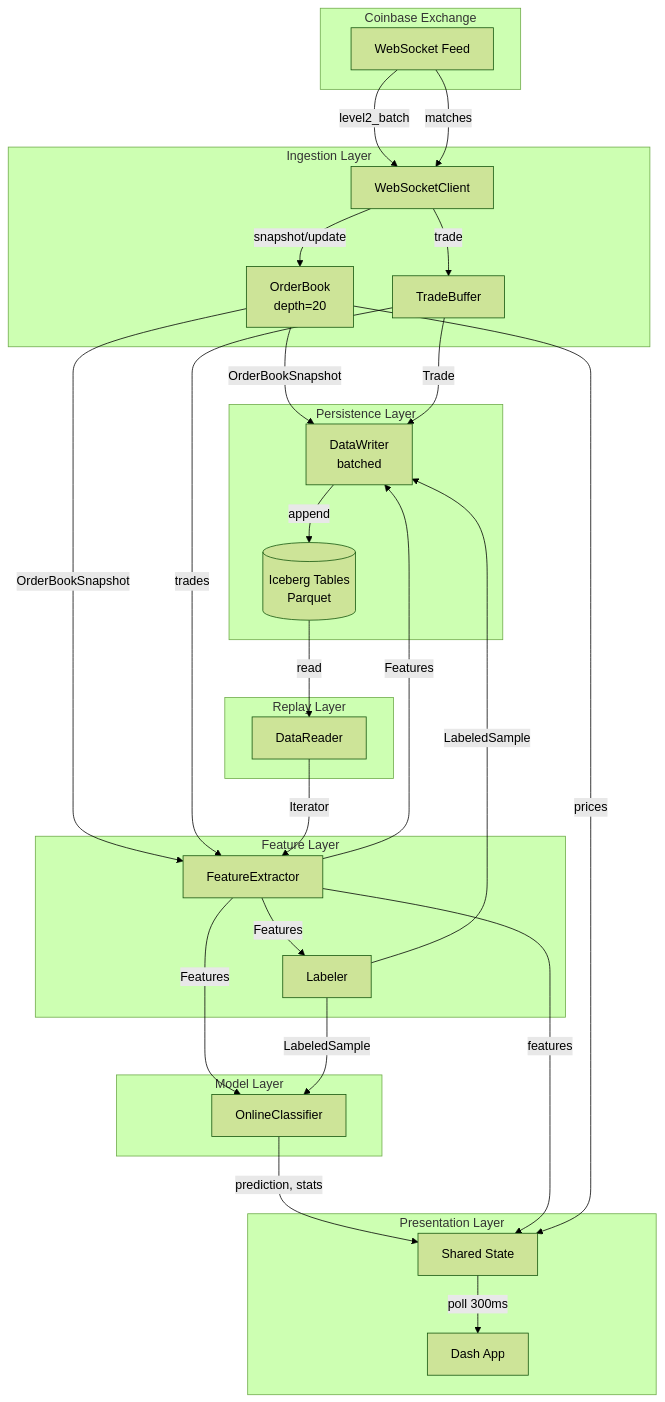
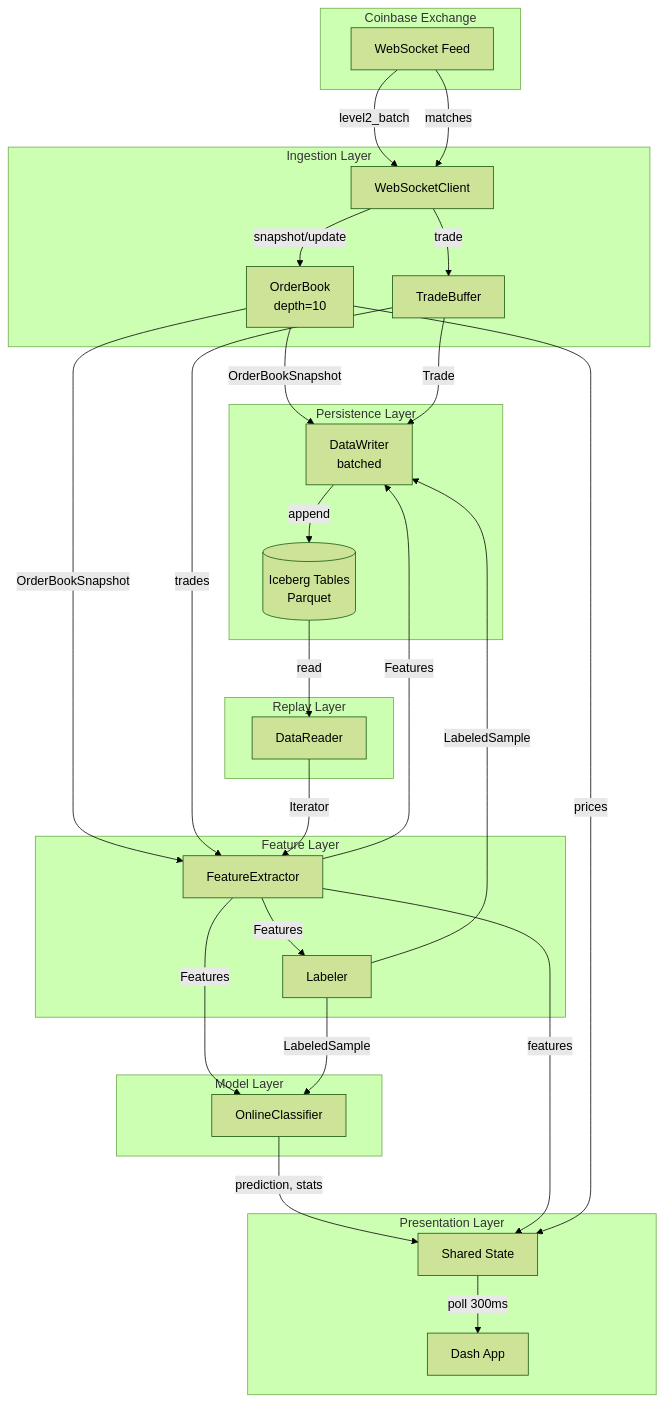
One commit to elinsky/market-microstructure-ml changed the second of 5 diagrams in docs/design/data-layer.md. Above: the diagram before and after it, drawn with Mermaid (forest theme). The commit also changed 1 other file, not shown here.

Commit message:
docs: update architecture and design docs for epic #35 completion
- Remove GCS backend from Future Improvements (now implemented)
- Fix target state diagram to show depth=10 (matches implementation)

````diff
--- a/docs/design/data-layer.md
+++ b/docs/design/data-layer.md
@@ -64,60 +64,60 @@
 ```mermaid
 flowchart TB
     subgraph Coinbase["Coinbase Exchange"]
         WSFeed[WebSocket Feed]
     end
 
     subgraph Ingestion["Ingestion Layer"]
         WSClient[WebSocketClient]
-        OB[OrderBook<br/>depth=20]
+        OB[OrderBook<br/>depth=10]
         TB[TradeBuffer]
     end
 
     subgraph Persistence["Persistence Layer"]
         Writer[DataWriter<br/>batched]
         Iceberg[(Iceberg Tables<br/>Parquet)]
     end
 
     subgraph Features["Feature Layer"]
         FE[FeatureExtractor]
         Labeler[Labeler]
     end
 
     subgraph Model["Model Layer"]
         Classifier[OnlineClassifier]
     end
 
     subgraph Presentation["Presentation Layer"]
         State[Shared State]
         Dashboard[Dash App]
     end
 
     subgraph Replay["Replay Layer"]
         Reader[DataReader]
     end
 
     WSFeed -->|level2_batch| WSClient
     WSFeed -->|matches| WSClient
     WSClient -->|snapshot/update| OB
     WSClient -->|trade| TB
 
     OB -->|OrderBookSnapshot| Writer
     TB -->|Trade| Writer
     Writer -->|append| Iceberg
 
     OB -->|OrderBookSnapshot| FE
     TB -->|trades| FE
     FE -->|Features| Writer
     FE -->|Features| Labeler
     FE -->|Features| Classifier
     Labeler -->|LabeledSample| Classifier
     Labeler -->|LabeledSample| Writer
 
     Classifier -->|prediction, stats| State
     FE -->|features| State
     OB -->|prices| State
     State -->|poll 300ms| Dashboard
 
     Iceberg -->|read| Reader
     Reader -->|Iterator| FE
 ```
````
